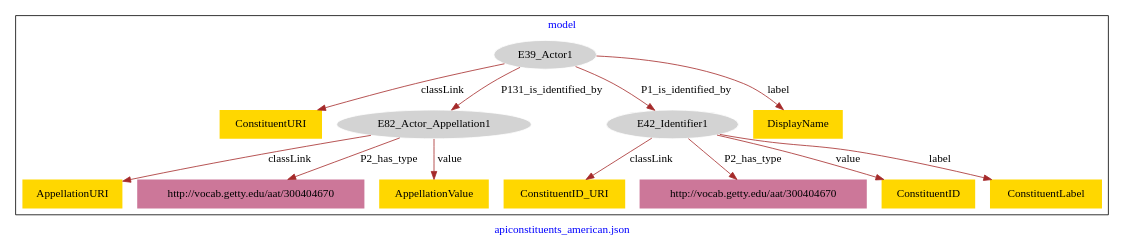
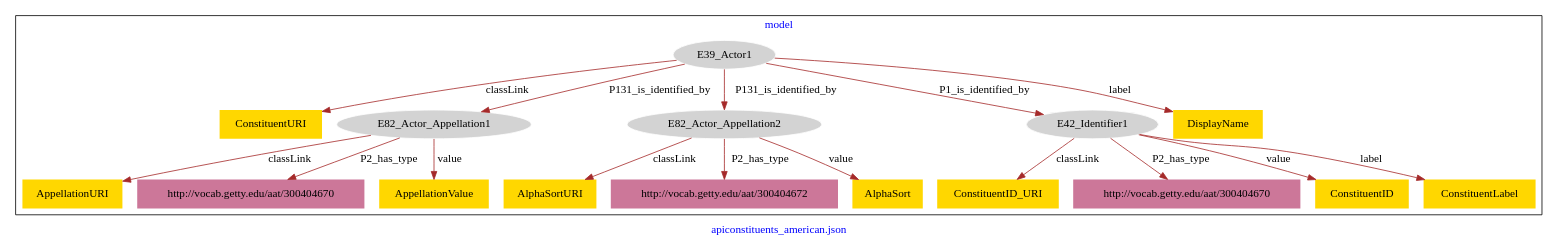
Before and after one commit to american-art/PUAM: the diagram in apiconstituents_american/apiconstituents_american-model.dot, drawn with Graphviz.

Commit message:
Update file apiconstituents_american-model.dot

```diff
--- a/apiconstituents_american/apiconstituents_american-model.dot
+++ b/apiconstituents_american/apiconstituents_american-model.dot
@@ -1,31 +1,39 @@
 digraph n0 {
 fontcolor="blue"
 remincross="true"
 label="apiconstituents_american.json"
 subgraph cluster {
 label="model"
 n2[style="filled",color="white",fillcolor="lightgray",label="E39_Actor1"];
 n3[shape="plaintext",style="filled",fillcolor="gold",label="ConstituentURI"];
 n4[style="filled",color="white",fillcolor="lightgray",label="E82_Actor_Appellation1"];
-n5[style="filled",color="white",fillcolor="lightgray",label="E42_Identifier1"];
-n6[shape="plaintext",style="filled",fillcolor="gold",label="DisplayName"];
-n7[shape="plaintext",style="filled",fillcolor="gold",label="ConstituentID_URI"];
-n8[shape="plaintext",style="filled",fillcolor="#CC7799",label="http://vocab.getty.edu/aat/300404670"];
-n9[shape="plaintext",style="filled",fillcolor="gold",label="ConstituentID"];
-n10[shape="plaintext",style="filled",fillcolor="gold",label="ConstituentLabel"];
-n11[shape="plaintext",style="filled",fillcolor="gold",label="AppellationURI"];
-n12[shape="plaintext",style="filled",fillcolor="#CC7799",label="http://vocab.getty.edu/aat/300404670"];
-n13[shape="plaintext",style="filled",fillcolor="gold",label="AppellationValue"];
+n5[style="filled",color="white",fillcolor="lightgray",label="E82_Actor_Appellation2"];
+n6[style="filled",color="white",fillcolor="lightgray",label="E42_Identifier1"];
+n7[shape="plaintext",style="filled",fillcolor="gold",label="DisplayName"];
+n8[shape="plaintext",style="filled",fillcolor="gold",label="ConstituentID_URI"];
+n9[shape="plaintext",style="filled",fillcolor="#CC7799",label="http://vocab.getty.edu/aat/300404670"];
+n10[shape="plaintext",style="filled",fillcolor="gold",label="ConstituentID"];
+n11[shape="plaintext",style="filled",fillcolor="gold",label="ConstituentLabel"];
+n12[shape="plaintext",style="filled",fillcolor="gold",label="AppellationURI"];
+n13[shape="plaintext",style="filled",fillcolor="#CC7799",label="http://vocab.getty.edu/aat/300404670"];
+n14[shape="plaintext",style="filled",fillcolor="gold",label="AppellationValue"];
+n15[shape="plaintext",style="filled",fillcolor="gold",label="AlphaSortURI"];
+n16[shape="plaintext",style="filled",fillcolor="#CC7799",label="http://vocab.getty.edu/aat/300404672"];
+n17[shape="plaintext",style="filled",fillcolor="gold",label="AlphaSort"];
 }
 n2 -> n3[color="brown",fontcolor="black",label="classLink"]
 n2 -> n4[color="brown",fontcolor="black",label="P131_is_identified_by"]
-n2 -> n5[color="brown",fontcolor="black",label="P1_is_identified_by"]
-n2 -> n6[color="brown",fontcolor="black",label="label"]
-n5 -> n7[color="brown",fontcolor="black",label="classLink"]
-n5 -> n8[color="brown",fontcolor="black",label="P2_has_type"]
-n5 -> n9[color="brown",fontcolor="black",label="value"]
-n5 -> n10[color="brown",fontcolor="black",label="label"]
-n4 -> n11[color="brown",fontcolor="black",label="classLink"]
-n4 -> n12[color="brown",fontcolor="black",label="P2_has_type"]
-n4 -> n13[color="brown",fontcolor="black",label="value"]
+n2 -> n5[color="brown",fontcolor="black",label="P131_is_identified_by"]
+n2 -> n6[color="brown",fontcolor="black",label="P1_is_identified_by"]
+n2 -> n7[color="brown",fontcolor="black",label="label"]
+n6 -> n8[color="brown",fontcolor="black",label="classLink"]
+n6 -> n9[color="brown",fontcolor="black",label="P2_has_type"]
+n6 -> n10[color="brown",fontcolor="black",label="value"]
+n6 -> n11[color="brown",fontcolor="black",label="label"]
+n4 -> n12[color="brown",fontcolor="black",label="classLink"]
+n4 -> n13[color="brown",fontcolor="black",label="P2_has_type"]
+n4 -> n14[color="brown",fontcolor="black",label="value"]
+n5 -> n15[color="brown",fontcolor="black",label="classLink"]
+n5 -> n16[color="brown",fontcolor="black",label="P2_has_type"]
+n5 -> n17[color="brown",fontcolor="black",label="value"]
 }
```
